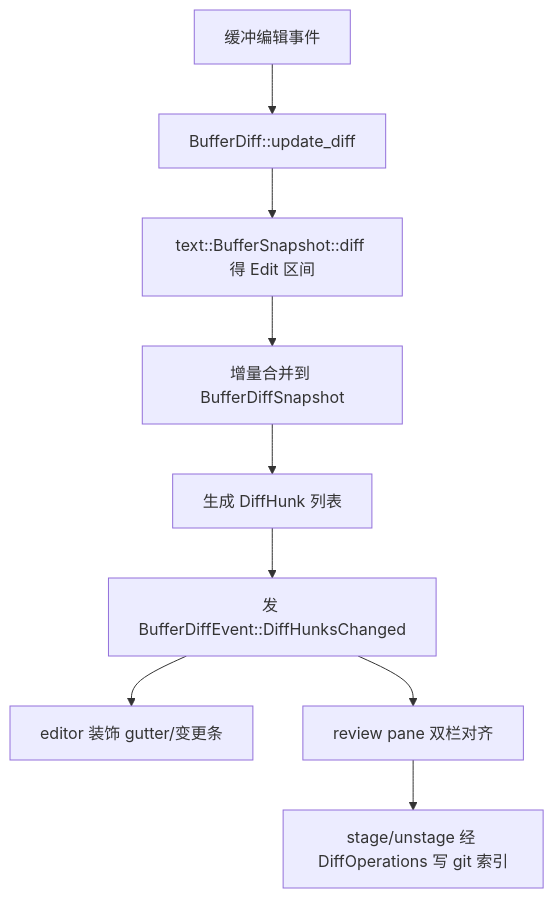
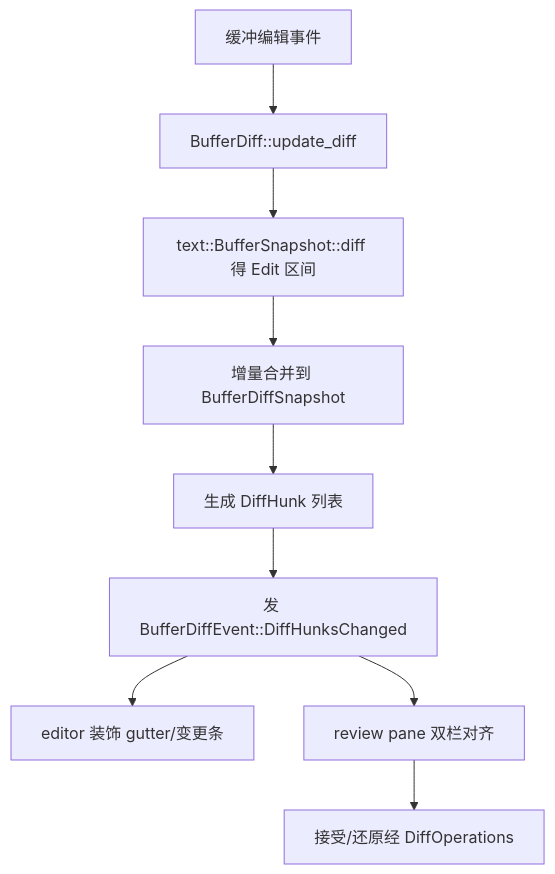
The diagram in wiki/Diff-Engines-Deep-Dive.md (rzhangjing/zed), drawn with Mermaid before and after one commit. The commit also changed other lines of this file and 275 other files, not shown here.

````diff
--- a/wiki/Diff-Engines-Deep-Dive.md
+++ b/wiki/Diff-Engines-Deep-Dive.md
@@ -65,11 +65,11 @@
 ```mermaid
 graph TB
     A[缓冲编辑事件] --> B[BufferDiff::update_diff]
     B --> C[text::BufferSnapshot::diff 得 Edit 区间]
     C --> D[增量合并到 BufferDiffSnapshot]
     D --> E[生成 DiffHunk 列表]
     E --> F[发 BufferDiffEvent::DiffHunksChanged]
     F --> G[editor 装饰 gutter/变更条]
     F --> H[review pane 双栏对齐]
-    H --> I[stage/unstage 经 DiffOperations 写 git 索引]
+    H --> I[接受/还原经 DiffOperations]
 ```
````
